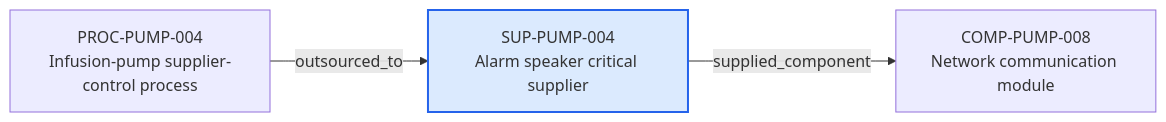
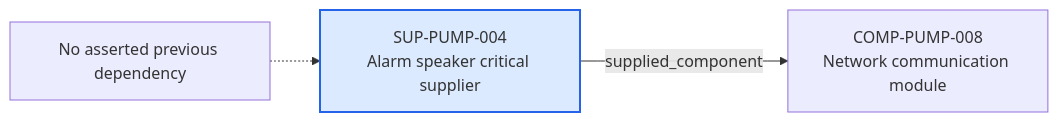
The diagram in content/06-Infpump FlowGuard ontology notes/supplier/SUP-PUMP-004-alarm-speaker-critical-supplier.md (mvattulainen/mdrontology), drawn with Mermaid before and after one commit. The commit also changed other lines of this file and 321 other files, not shown here.

Commit message:
Implement Mermaid ontology audit findings

````diff
--- a/content/06-Infpump FlowGuard ontology notes/supplier/SUP-PUMP-004-alarm-speaker-critical-supplier.md
+++ b/content/06-Infpump FlowGuard ontology notes/supplier/SUP-PUMP-004-alarm-speaker-critical-supplier.md
@@ -71,10 +73,10 @@
 ```mermaid
 flowchart LR
   CURRENT["SUP-PUMP-004<br/>Alarm speaker critical supplier"]
-  PREV0["PROC-PUMP-004<br/>Infusion-pump supplier-control process"]
-  PREV0 -->|"outsourced_to"| CURRENT
+  PREV_NONE["No asserted previous dependency"]
+  PREV_NONE -.-> CURRENT
   NEXT0["COMP-PUMP-008<br/>Network communication module"]
   CURRENT -->|"supplied_component"| NEXT0
   classDef current fill:#dbeafe,stroke:#2563eb,stroke-width:2px
   class CURRENT current
 ```
````
